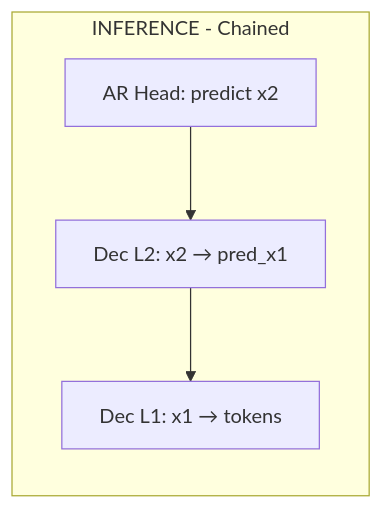
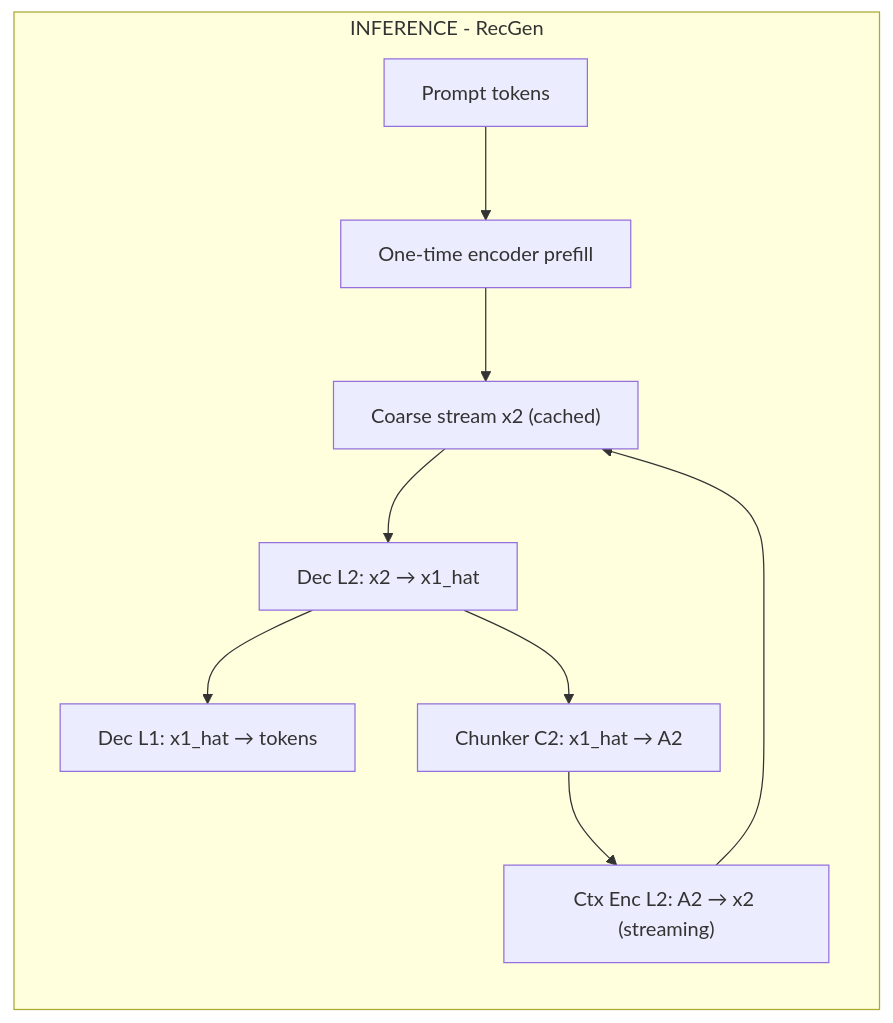
The second of 2 diagrams in Readme.md (gvessere/Photon), drawn with Mermaid before and after one commit. The commit also changed other lines of this file and 4 other files, not shown here.

````diff
--- a/Readme.md
+++ b/Readme.md
@@ -62,10 +53,19 @@
 ```mermaid
 flowchart TB
-    subgraph Inference["INFERENCE - Chained"]
+    subgraph Inference["INFERENCE - RecGen"]
         direction TB
-        ar["AR Head: predict x2"]
-        dec_l2["Dec L2: x2 → pred_x1"]
-        dec_l1["Dec L1: x1 → tokens"]
-        ar --> dec_l2 --> dec_l1
+
+        prompt["Prompt tokens"]
+        enc["One-time encoder prefill"]
+        x2["Coarse stream x2 (cached)"]
+
+        dec_l2["Dec L2: x2 → x1_hat"]
+        dec_l1["Dec L1: x1_hat → tokens"]
+        chunk2["Chunker C2: x1_hat → A2"]
+        ctx2["Ctx Enc L2: A2 → x2 (streaming)"]
+
+        prompt --> enc --> x2
+        x2 --> dec_l2 --> dec_l1
+        dec_l2 --> chunk2 --> ctx2 --> x2
     end
 ```
````
